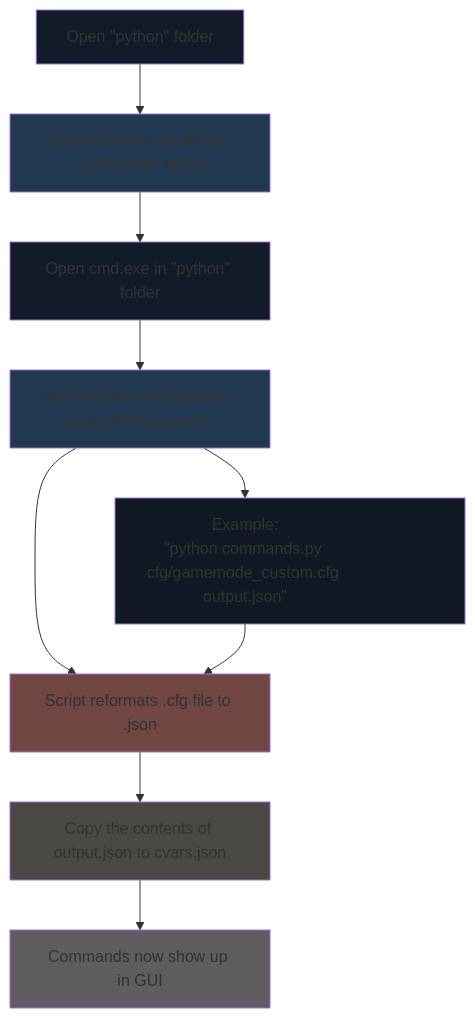
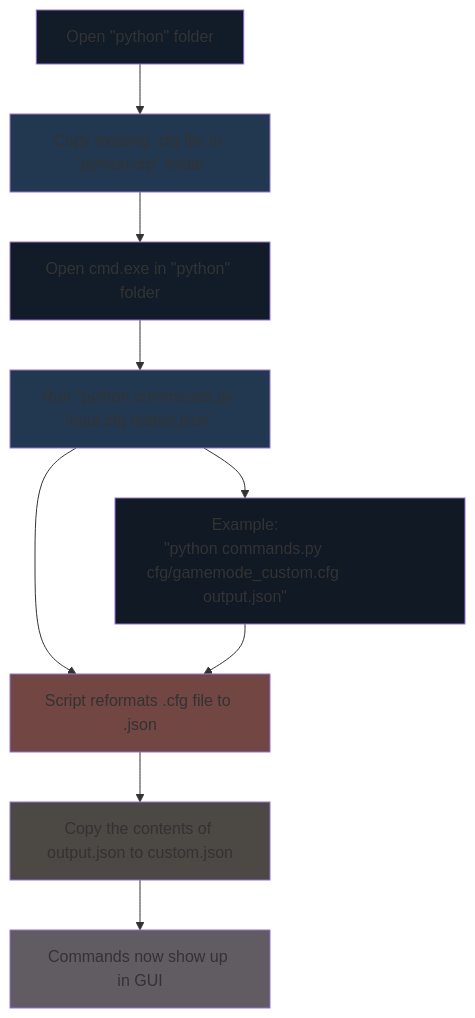
The diagram in python/How to use.md (GhaithA-M/CS2_CFG), drawn with Mermaid before and after one commit. The commit also changed other lines of this file and 27 other files, not shown here.

````diff
--- a/python/How to use.md
+++ b/python/How to use.md
@@ -20,21 +20,21 @@
 ```mermaid
 flowchart TD
     A[Open &quot;python&quot; folder] --> B[Copy existing .cfg file to &quot;python/cfg&quot; folder]
     B --> C[Open cmd.exe in &quot;python&quot; folder]
     C --> D[Run &quot;python commands.py input.cfg output.json&quot;]
     D --> E[Script reformats .cfg file to .json]
-    E --> F[Copy the contents of output.json to cvars.json]
+    E --> F[Copy the contents of output.json to custom.json]
     F --> G[Commands now show up in GUI]
     
     D --> I[Example:<br/>&quot;python commands.py cfg/gamemode_custom.cfg output.json&quot;]
     I --> E
     
     style A fill:#111c28
     style B fill:#223850
     style C fill:#111c28
     style D fill:#223850
     style E fill:#724643
     style F fill:#4c4843
     style G fill:#615b62
     style I fill:#111925, width:350px
 ```
````
